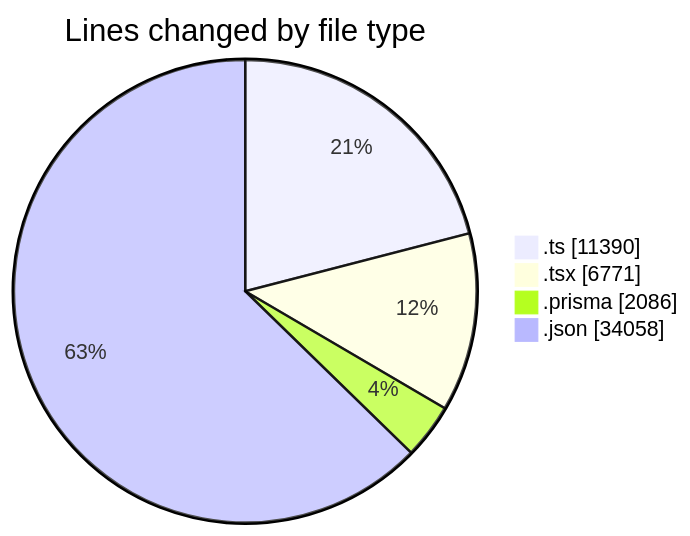
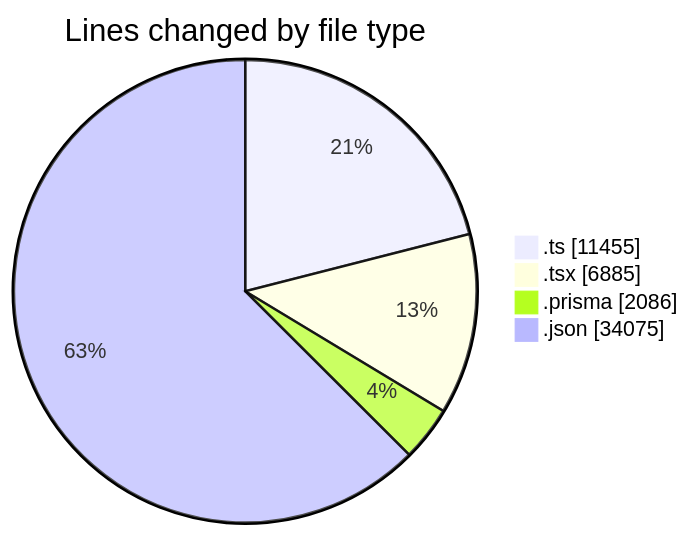
Before and after one commit to CELIANVF/code-tracking: the first of 2 diagrams in 2025-05-19/ecodeli-1/README.md, drawn with Mermaid. The commit also changed other lines of this file and 1 other file, not shown here.

````diff
--- a/2025-05-19/ecodeli-1/README.md
+++ b/2025-05-19/ecodeli-1/README.md
@@ -68,8 +71,8 @@
 ```mermaid
 pie showData
 title Lines changed by file type
-".ts" : 11390
-".tsx" : 6771
+".ts" : 11455
+".tsx" : 6885
 ".prisma" : 2086
-".json" : 34058
+".json" : 34075
 ```
````
